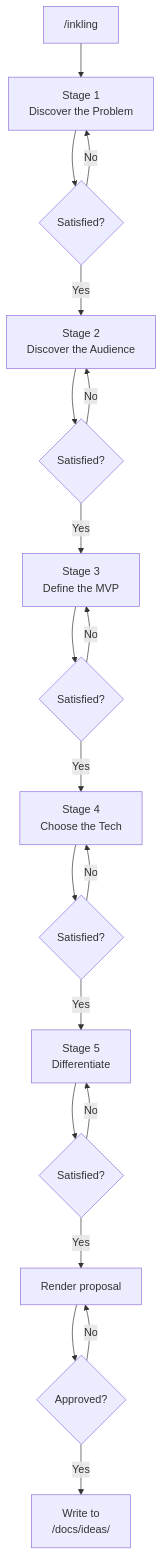
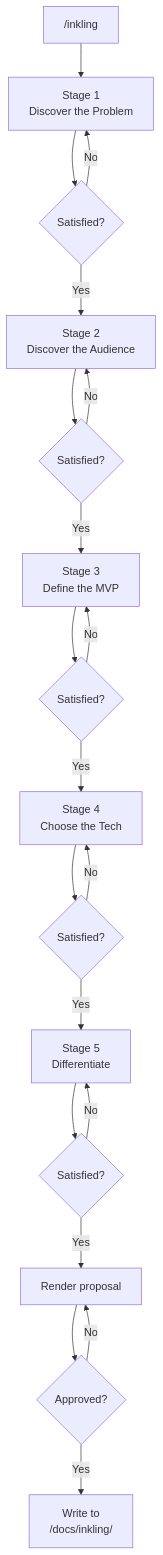
The diagram in README.md (Eververdants/inkling), drawn with Mermaid before and after one commit. The commit also changed other lines of this file and 5 other files, not shown here.

````diff
--- a/README.md
+++ b/README.md
@@ -90,22 +107,22 @@
 ```mermaid
 flowchart TD
     A["/inkling"] --> B[Stage 1<br/>Discover the Problem]
     B --> C{Satisfied?}
     C -->|No| B
     C -->|Yes| D[Stage 2<br/>Discover the Audience]
     D --> E{Satisfied?}
     E -->|No| D
     E -->|Yes| F[Stage 3<br/>Define the MVP]
     F --> G{Satisfied?}
     G -->|No| F
     G -->|Yes| H[Stage 4<br/>Choose the Tech]
     H --> I{Satisfied?}
     I -->|No| H
     I -->|Yes| J[Stage 5<br/>Differentiate]
     J --> K{Satisfied?}
     K -->|No| J
     K -->|Yes| L[Render proposal]
     L --> M{Approved?}
     M -->|No| L
-    M -->|Yes| N["Write to<br/><project>/docs/ideas/"]
+    M -->|Yes| N["Write to<br/><project>/docs/inkling/"]
 ```
````
